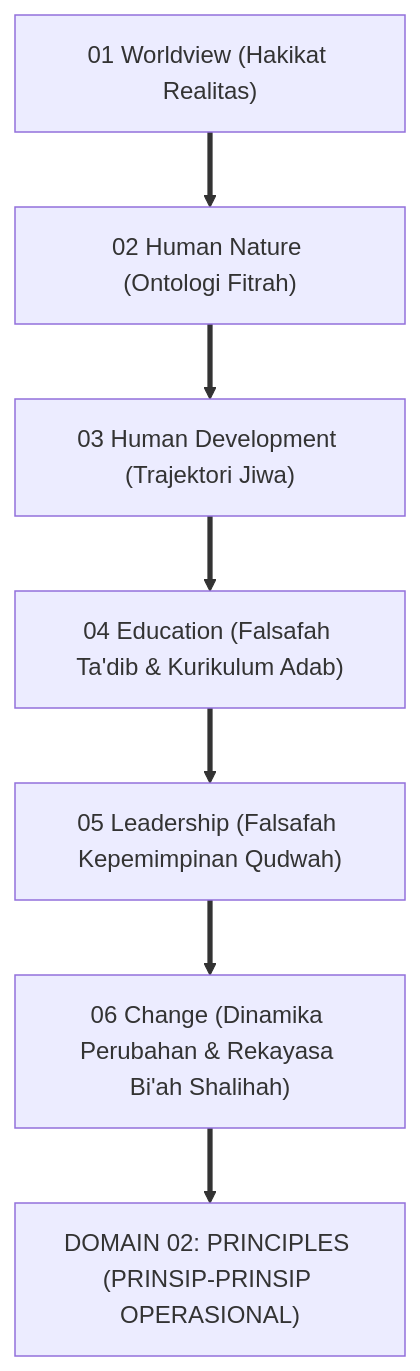
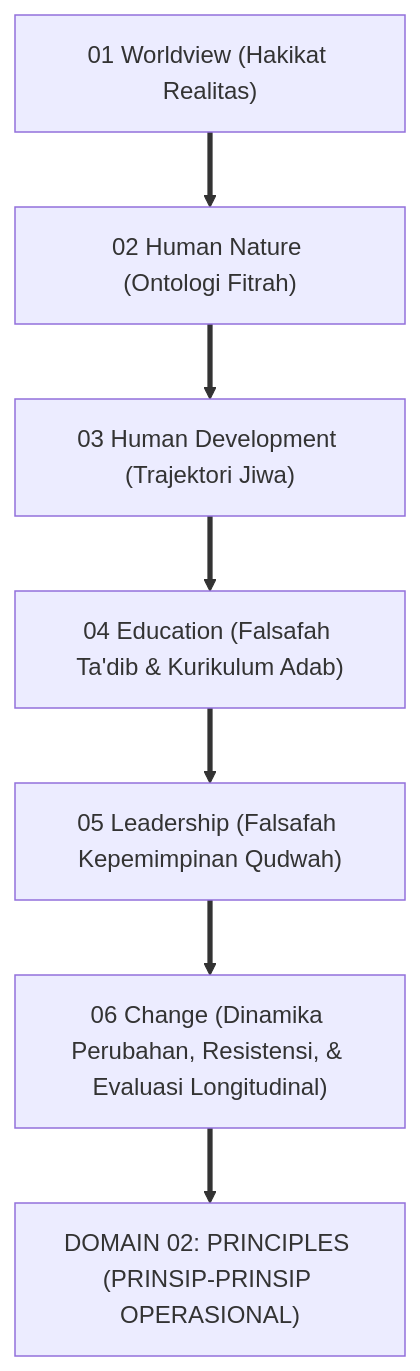
Before and after one commit to wandiapriliyandi/tumbuh: the first of 3 diagrams in 01 Philosophy/06 Change/P1-06-Change-TUMBUH.md, drawn with Mermaid. The commit also changed other lines of this file and 15 other files, not shown here.

````diff
--- a/01 Philosophy/06 Change/P1-06-Change-TUMBUH.md
+++ b/01 Philosophy/06 Change/P1-06-Change-TUMBUH.md
@@ -50,15 +50,15 @@
 ```mermaid
 graph TD
     WV["01 Worldview (Hakikat Realitas)"] 
     ==> HN["02 Human Nature (Ontologi Fitrah)"]
     
     HN ==> HD["03 Human Development (Trajektori Jiwa)"]
     
     HD ==> ED["04 Education (Falsafah Ta'dib & Kurikulum Adab)"]
     
     ED ==> LD["05 Leadership (Falsafah Kepemimpinan Qudwah)"]
     
-    LD ==> CH["06 Change (Dinamika Perubahan & Rekayasa Bi'ah Shalihah)"]
+    LD ==> CH["06 Change (Dinamika Perubahan, Resistensi, & Evaluasi Longitudinal)"]
     
     CH ==> D2["DOMAIN 02: PRINCIPLES (PRINSIP-PRINSIP OPERASIONAL)"]
 ```
````
